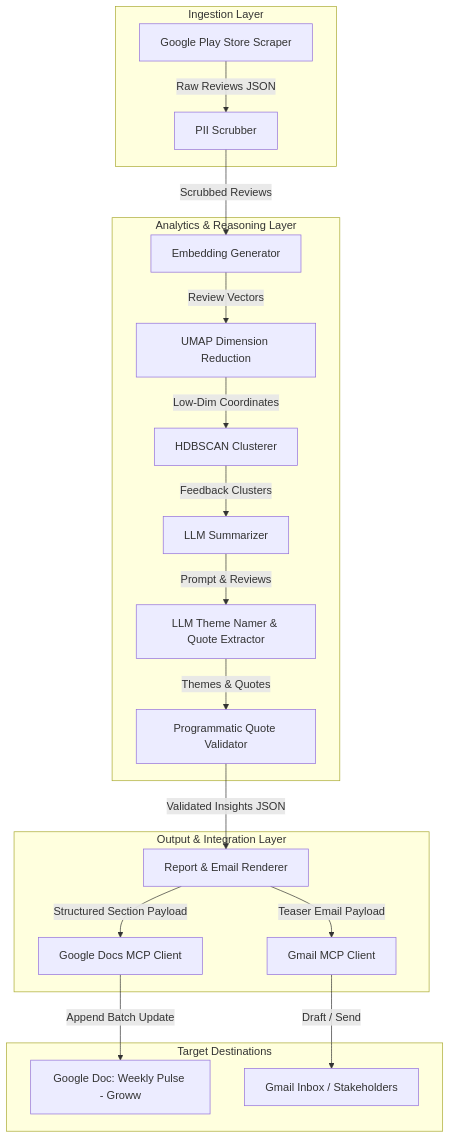
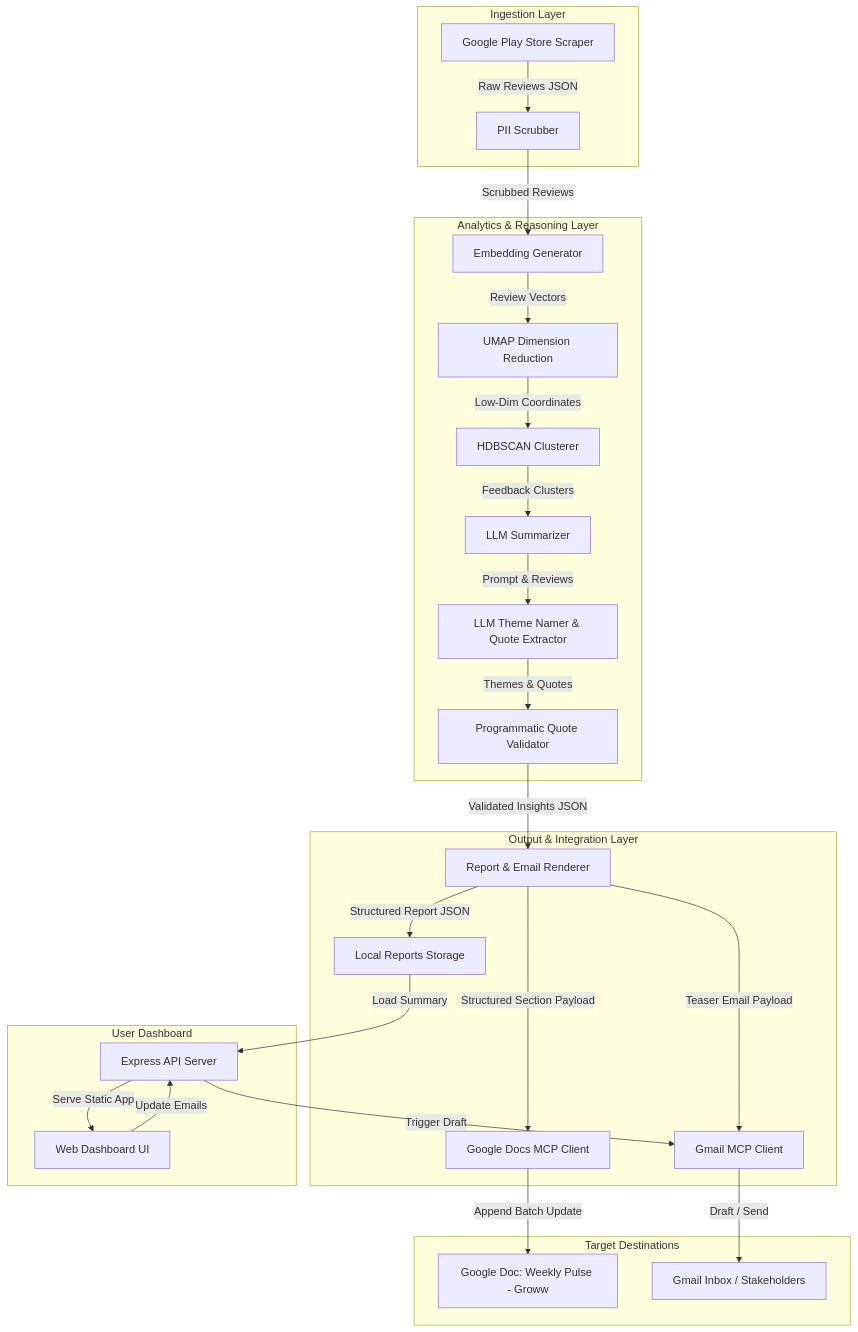
One commit to achukkapalli/reviewAnalysis changed the first of 3 diagrams in architecture.md. Above: the diagram before and after it, drawn with Mermaid. The commit also changed other lines of this file, not shown here.

Commit message:
docs: Sync root architecture.md with docs/architecture.md

````diff
--- a/architecture.md
+++ b/architecture.md
@@ -11,26 +11,34 @@
 ```mermaid
 graph TD
     subgraph Ingestion Layer
         A[Google Play Store Scraper] -->|Raw Reviews JSON| B[PII Scrubber]
     end
 
     subgraph Analytics & Reasoning Layer
         B -->|Scrubbed Reviews| C[Embedding Generator]
         C -->|Review Vectors| D[UMAP Dimension Reduction]
         D -->|Low-Dim Coordinates| E[HDBSCAN Clusterer]
         E -->|Feedback Clusters| F[LLM Summarizer]
         F -->|Prompt & Reviews| G[LLM Theme Namer & Quote Extractor]
         G -->|Themes & Quotes| H[Programmatic Quote Validator]
     end
 
     subgraph Output & Integration Layer
         H -->|Validated Insights JSON| I[Report & Email Renderer]
         I -->|Structured Section Payload| J[Google Docs MCP Client]
         I -->|Teaser Email Payload| K[Gmail MCP Client]
+        I -->|Structured Report JSON| N[Local Reports Storage]
     end
 
     subgraph Target Destinations
         J -->|Append Batch Update| L[Google Doc: Weekly Pulse - Groww]
         K -->|Draft / Send| M[Gmail Inbox / Stakeholders]
     end
+
+    subgraph User Dashboard
+        N -->|Load Summary| O[Express API Server]
+        O -->|Serve Static App| P[Web Dashboard UI]
+        P -->|Update Emails| O
+        O -->|Trigger Draft| K
+    end
 ```
````
